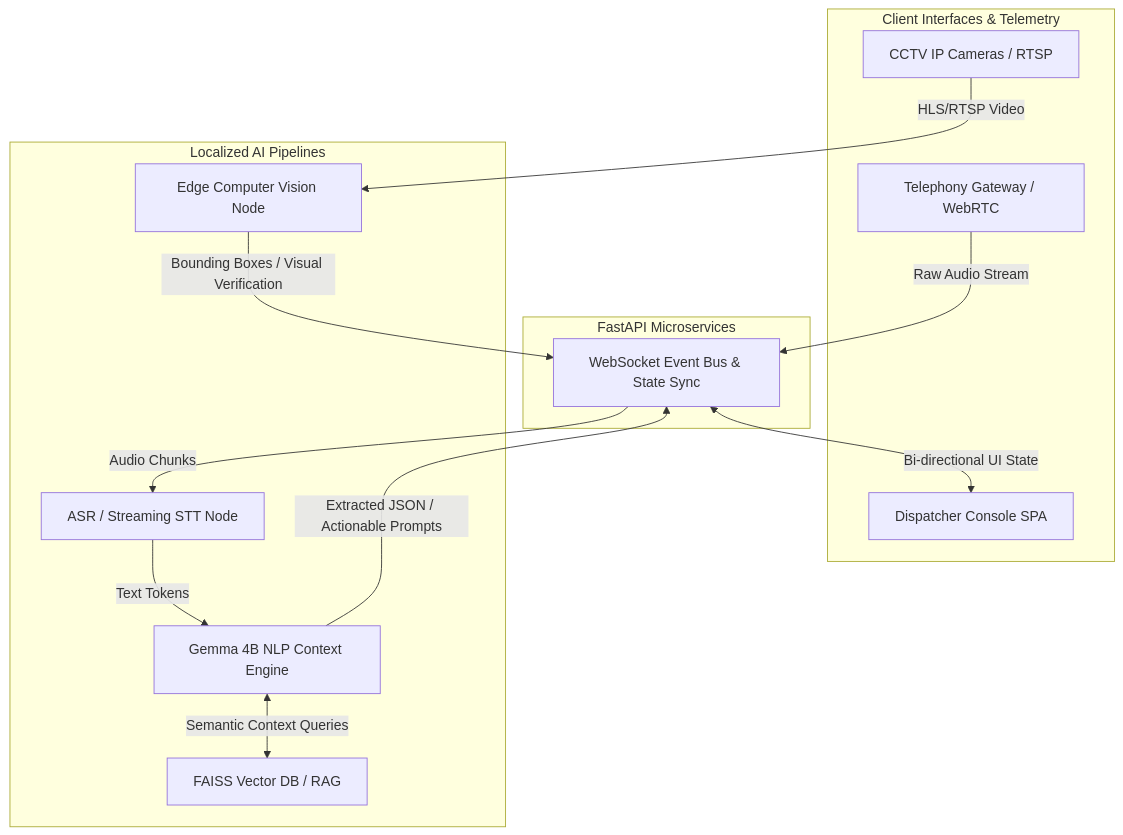
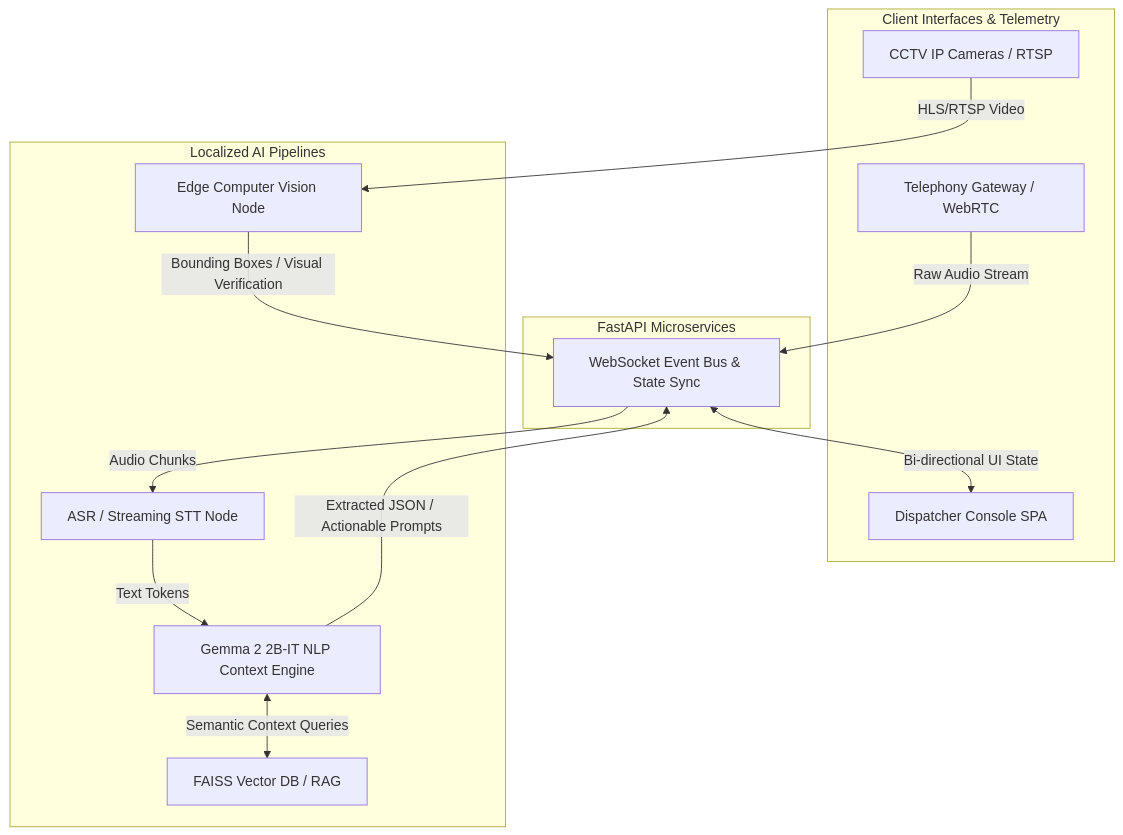
Before and after one commit to Rakshi2609/E-mrg: the first of 3 diagrams in KAGGLE_WRITEUP.md, drawn with Mermaid. The commit also changed other lines of this file and 44 other files, not shown here.

Commit message:
docs: strictly enforce guidelines across writeup and readme (unified architecture, softened claims, verified Gemma 2 2B, unified repo URLs)

````diff
--- a/KAGGLE_WRITEUP.md
+++ b/KAGGLE_WRITEUP.md
@@ -41,29 +41,29 @@
 ```mermaid
 graph TD
     subgraph Edge_Client [Client Interfaces & Telemetry]
         A[Telephony Gateway / WebRTC]
         B[Dispatcher Console SPA]
         C[CCTV IP Cameras / RTSP]
     end
 
     subgraph API_Gateway [FastAPI Microservices]
         D[WebSocket Event Bus & State Sync]
     end
 
     subgraph Inference_Mesh [Localized AI Pipelines]
         G[ASR / Streaming STT Node]
-        H[Gemma 4B NLP Context Engine]
+        H[Gemma 2 2B-IT NLP Context Engine]
         I[Edge Computer Vision Node]
         J[FAISS Vector DB / RAG]
     end
 
     A -->|Raw Audio Stream| D
     D <-->|Bi-directional UI State| B
     C -->|HLS/RTSP Video| I
   
     D -->|Audio Chunks| G
     G -->|Text Tokens| H
     H <-->|Semantic Context Queries| J
     H -->|Extracted JSON / Actionable Prompts| D
     I -->|Bounding Boxes / Visual Verification| D
 ```
````
